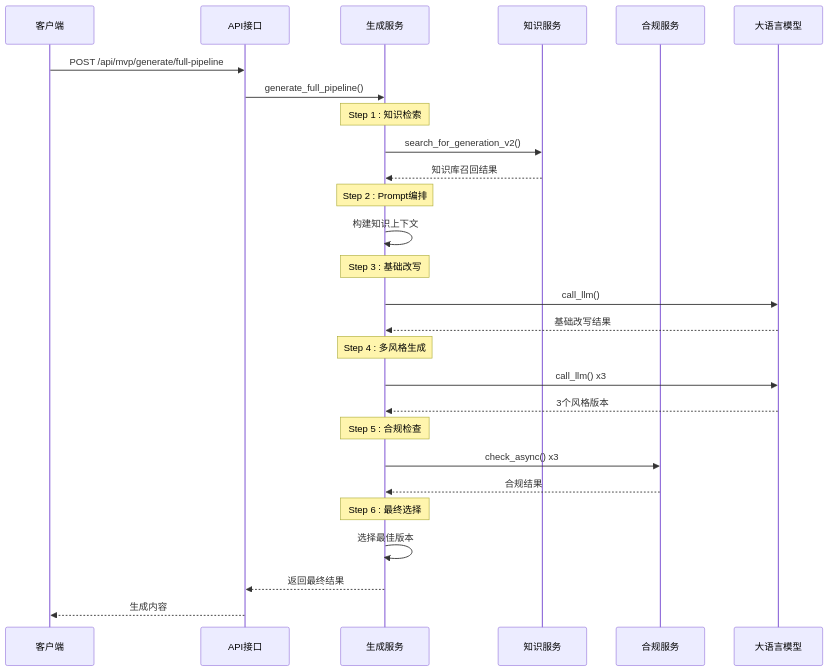
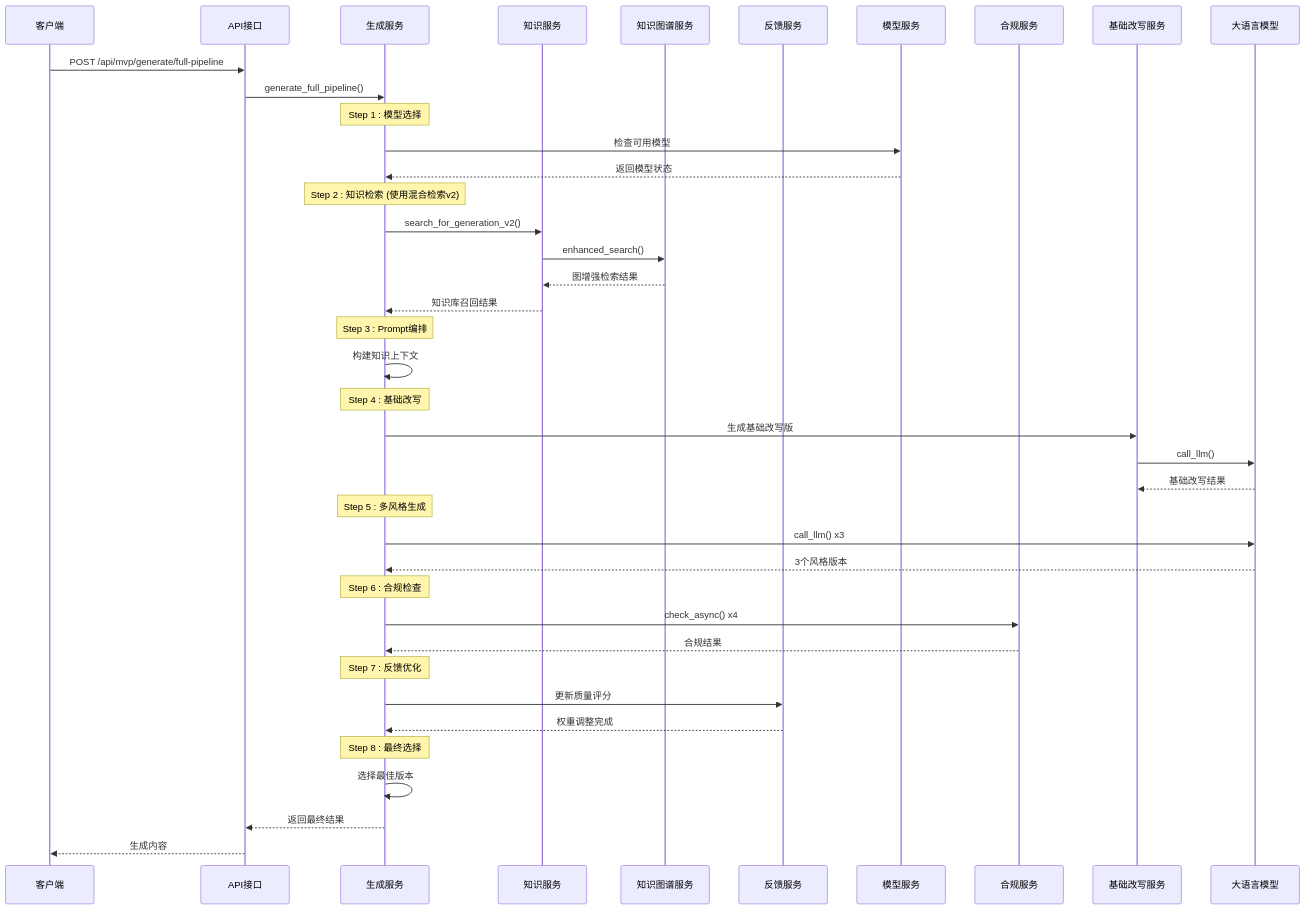
One commit to dream-ze/AI_huoke- changed the fourth of 14 diagrams in .qoder/repowiki/zh/content/AI内容处理系统/MVP AI内容生成系统.md. Above: the diagram before and after it, drawn with Mermaid. The commit also changed other lines of this file and 220 other files, not shown here.

````diff
--- a/.qoder/repowiki/zh/content/AI内容处理系统/MVP AI内容生成系统.md
+++ b/.qoder/repowiki/zh/content/AI内容处理系统/MVP AI内容生成系统.md
@@ -211,29 +315,42 @@
 ```mermaid
 sequenceDiagram
 participant Client as 客户端
 participant API as API接口
 participant GenSvc as 生成服务
 participant KnowSvc as 知识服务
+participant GraphSvc as 知识图谱服务
+participant FeedSvc as 反馈服务
+participant ModelSvc as 模型服务
 participant CompSvc as 合规服务
+participant BaseRewrite as 基础改写服务
 participant LLM as 大语言模型
 Client->>API : POST /api/mvp/generate/full-pipeline
 API->>GenSvc : generate_full_pipeline()
-Note over GenSvc : Step 1 : 知识检索
+Note over GenSvc : Step 1 : 模型选择
+GenSvc->>ModelSvc : 检查可用模型
+ModelSvc-->>GenSvc : 返回模型状态
+Note over GenSvc : Step 2 : 知识检索 (使用混合检索v2)
 GenSvc->>KnowSvc : search_for_generation_v2()
+KnowSvc->>GraphSvc : enhanced_search()
+GraphSvc-->>KnowSvc : 图增强检索结果
 KnowSvc-->>GenSvc : 知识库召回结果
-Note over GenSvc : Step 2 : Prompt编排
+Note over GenSvc : Step 3 : Prompt编排
 GenSvc->>GenSvc : 构建知识上下文
-Note over GenSvc : Step 3 : 基础改写
-GenSvc->>LLM : call_llm()
-LLM-->>GenSvc : 基础改写结果
-Note over GenSvc : Step 4 : 多风格生成
+Note over GenSvc : Step 4 : 基础改写
+GenSvc->>BaseRewrite : 生成基础改写版
+BaseRewrite->>LLM : call_llm()
+LLM-->>BaseRewrite : 基础改写结果
+Note over GenSvc : Step 5 : 多风格生成
 GenSvc->>LLM : call_llm() x3
 LLM-->>GenSvc : 3个风格版本
-Note over GenSvc : Step 5 : 合规检查
-GenSvc->>CompSvc : check_async() x3
+Note over GenSvc : Step 6 : 合规检查
+GenSvc->>CompSvc : check_async() x4
 CompSvc-->>GenSvc : 合规结果
-Note over GenSvc : Step 6 : 最终选择
+Note over GenSvc : Step 7 : 反馈优化
+GenSvc->>FeedSvc : 更新质量评分
+FeedSvc-->>GenSvc : 权重调整完成
+Note over GenSvc : Step 8 : 最终选择
 GenSvc->>GenSvc : 选择最佳版本
 GenSvc-->>API : 返回最终结果
 API-->>Client : 生成内容
 ```
````
